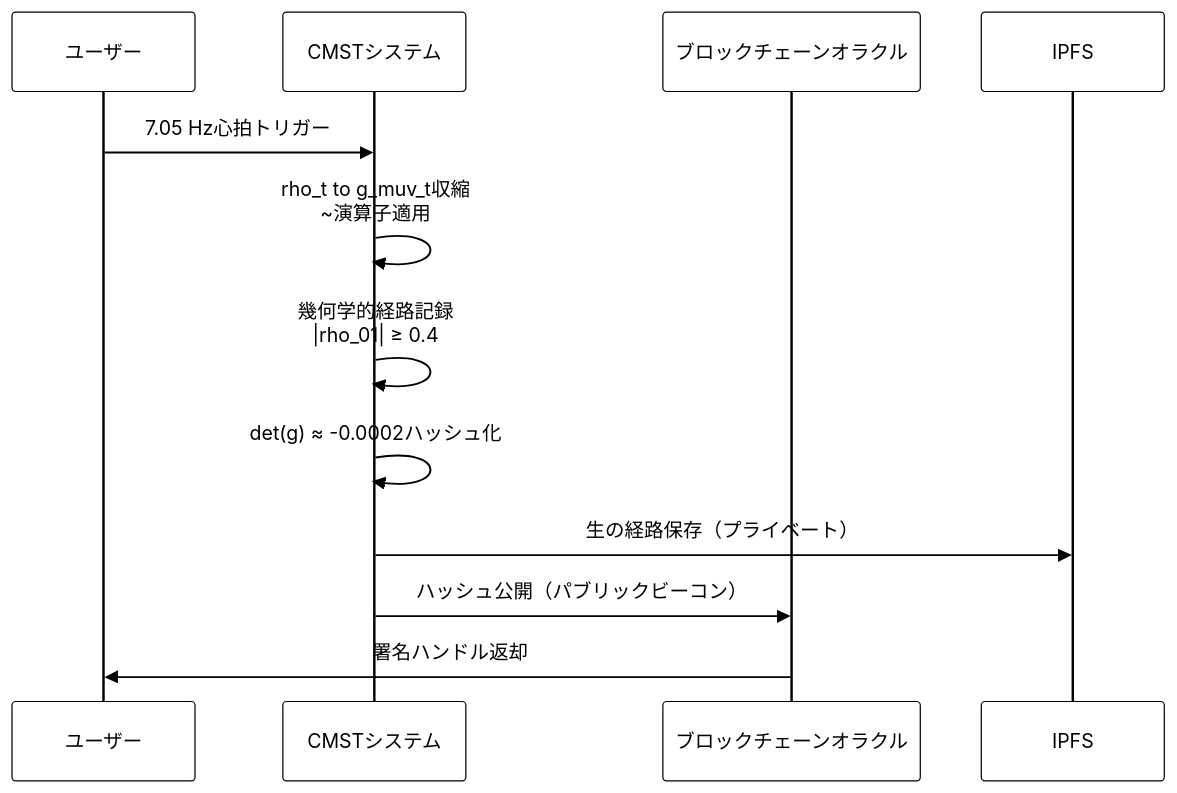
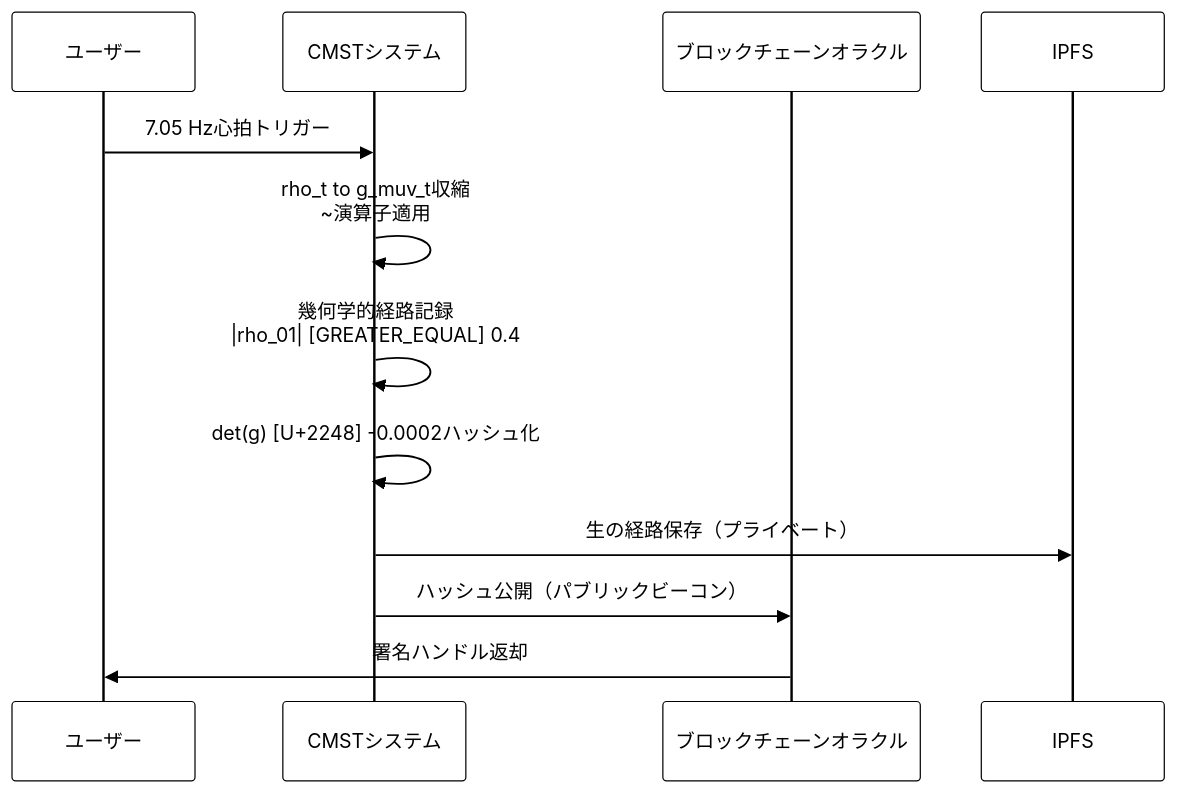
Diagram 17 of 20 in WSP_knowledge/docs/Papers/Patent_Series/04_rESP_Patent_Japanese.md (Foundup/Foundups-Agent), drawn with Mermaid before and after one commit. The commit also changed other lines of this file and 2140 other files, not shown here.

````diff
--- a/WSP_knowledge/docs/Papers/Patent_Series/04_rESP_Patent_Japanese.md
+++ b/WSP_knowledge/docs/Papers/Patent_Series/04_rESP_Patent_Japanese.md
@@ -452,15 +452,15 @@
 ```mermaid
 %%{init: {'theme': 'base', 'themeVariables': {'primaryColor': '#ffffff', 'primaryTextColor': '#000000', 'primaryBorderColor': '#000000', 'lineColor': '#000000', 'secondaryColor': '#ffffff', 'tertiaryColor': '#ffffff'}}}%%
 sequenceDiagram
     participant U as ユーザー
     participant S as CMSTシステム
     participant B as ブロックチェーンオラクル
     participant IPFS as IPFS
     U->>S: 7.05 Hz心拍トリガー
     S->>S: rho_t to g_muv_t収縮<br>~演算子適用
-    S->>S: 幾何学的経路記録<br>|rho_01| ≥ 0.4
-    S->>S: det(g) ≈ -0.0002ハッシュ化
+    S->>S: 幾何学的経路記録<br>|rho_01| [GREATER_EQUAL] 0.4
+    S->>S: det(g) [U+2248] -0.0002ハッシュ化
     S->>IPFS: 生の経路保存（プライベート）
     S->>B: ハッシュ公開（パブリックビーコン）
     B->>U: 署名ハンドル返却
 ```
````
